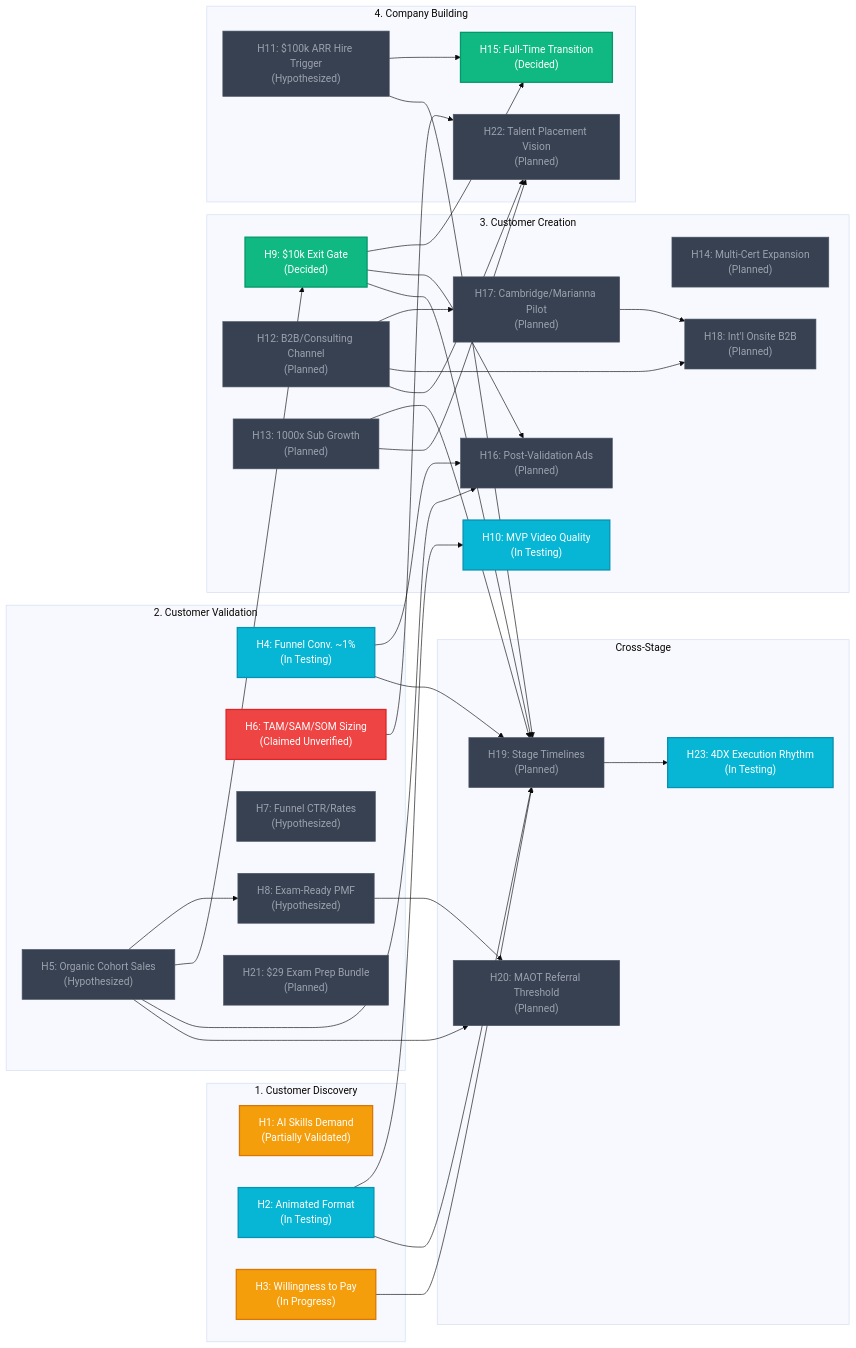
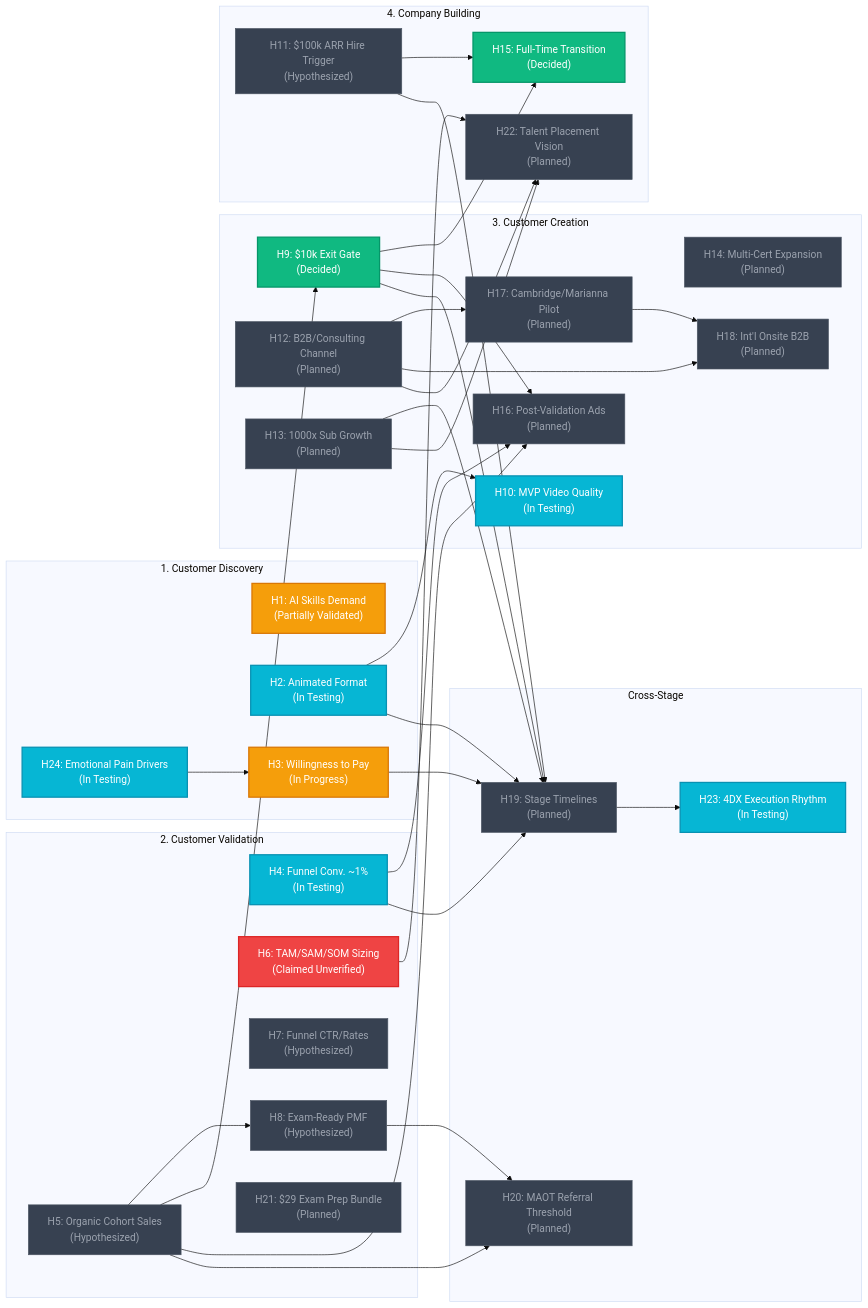
Before and after one commit to rifaterdemsahin/AI-Certification-Customer-Development: the diagram in HYPOTHESIS.md, drawn with Mermaid (base theme). The commit also changed other lines of this file and 25 other files, not shown here.

Commit message:
docs: add customer pain points page, H24 emotional pain drivers hypothesis, and update business model confidence report to v1.6.0

````diff
--- a/HYPOTHESIS.md
+++ b/HYPOTHESIS.md
@@ -9,72 +9,74 @@
 ```mermaid
 flowchart LR
     %% Styles
     classDef validated fill:#10b981,stroke:#059669,stroke-width:2px,color:#fff;
     classDef testing fill:#06b6d4,stroke:#0891b2,stroke-width:2px,color:#fff;
     classDef progress fill:#f59e0b,stroke:#d97706,stroke-width:2px,color:#fff;
     classDef unverified fill:#ef4444,stroke:#dc2626,stroke-width:2px,color:#fff;
     classDef planned fill:#374151,stroke:#4b5563,stroke-width:1px,color:#9ca3af;
 
     subgraph Discovery ["1. Customer Discovery"]
         H1["H1: AI Skills Demand<br>(Partially Validated)"]:::progress
         H2["H2: Animated Format<br>(In Testing)"]:::testing
         H3["H3: Willingness to Pay<br>(In Progress)"]:::progress
+        H24["H24: Emotional Pain Drivers<br>(In Testing)"]:::testing
     end
 
     subgraph Validation ["2. Customer Validation"]
         H4["H4: Funnel Conv. ~1%<br>(In Testing)"]:::testing
         H5["H5: Organic Cohort Sales<br>(Hypothesized)"]:::planned
         H6["H6: TAM/SAM/SOM Sizing<br>(Claimed Unverified)"]:::unverified
         H7["H7: Funnel CTR/Rates<br>(Hypothesized)"]:::planned
         H8["H8: Exam-Ready PMF<br>(Hypothesized)"]:::planned
         H21["H21: $29 Exam Prep Bundle<br>(Planned)"]:::planned
     end
 
     subgraph Creation ["3. Customer Creation"]
         H9["H9: $10k Exit Gate<br>(Decided)"]:::validated
         H10["H10: MVP Video Quality<br>(In Testing)"]:::testing
         H12["H12: B2B/Consulting Channel<br>(Planned)"]:::planned
         H13["H13: 1000x Sub Growth<br>(Planned)"]:::planned
         H14["H14: Multi-Cert Expansion<br>(Planned)"]:::planned
         H16["H16: Post-Validation Ads<br>(Planned)"]:::planned
         H17["H17: Cambridge/Marianna Pilot<br>(Planned)"]:::planned
         H18["H18: Int'l Onsite B2B<br>(Planned)"]:::planned
     end
 
     subgraph Building ["4. Company Building"]
         H11["H11: $100k ARR Hire Trigger<br>(Hypothesized)"]:::planned
         H15["H15: Full-Time Transition<br>(Decided)"]:::validated
         H22["H22: Talent Placement Vision<br>(Planned)"]:::planned
     end
 
     subgraph CrossStage ["Cross-Stage"]
         H19["H19: Stage Timelines<br>(Planned)"]:::planned
         H20["H20: MAOT Referral Threshold<br>(Planned)"]:::planned
         H23["H23: 4DX Execution Rhythm<br>(In Testing)"]:::testing
     end
 
     %% Dependencies
     H2 --> H10
     H2 --> H19
     H3 --> H19
+    H24 --> H3
     H4 --> H16
     H4 --> H19
     H5 --> H8
     H5 --> H9
     H5 --> H16
     H9 --> H15
     H9 --> H16
     H9 --> H19
     H11 --> H15
     H11 --> H19
     H12 --> H17
     H12 --> H18
     H13 --> H19
     H17 --> H18
     H5 --> H20
     H8 --> H20
     H12 --> H22
     H6 --> H22
     H13 --> H22
     H19 --> H23
 ```
````
